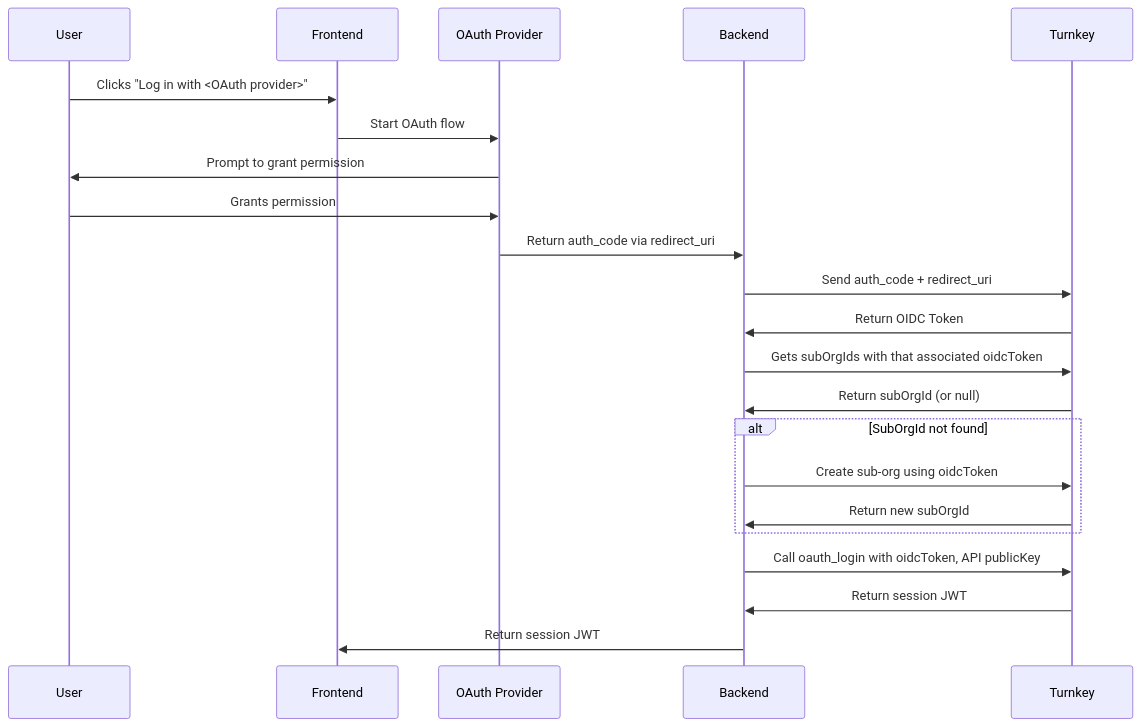
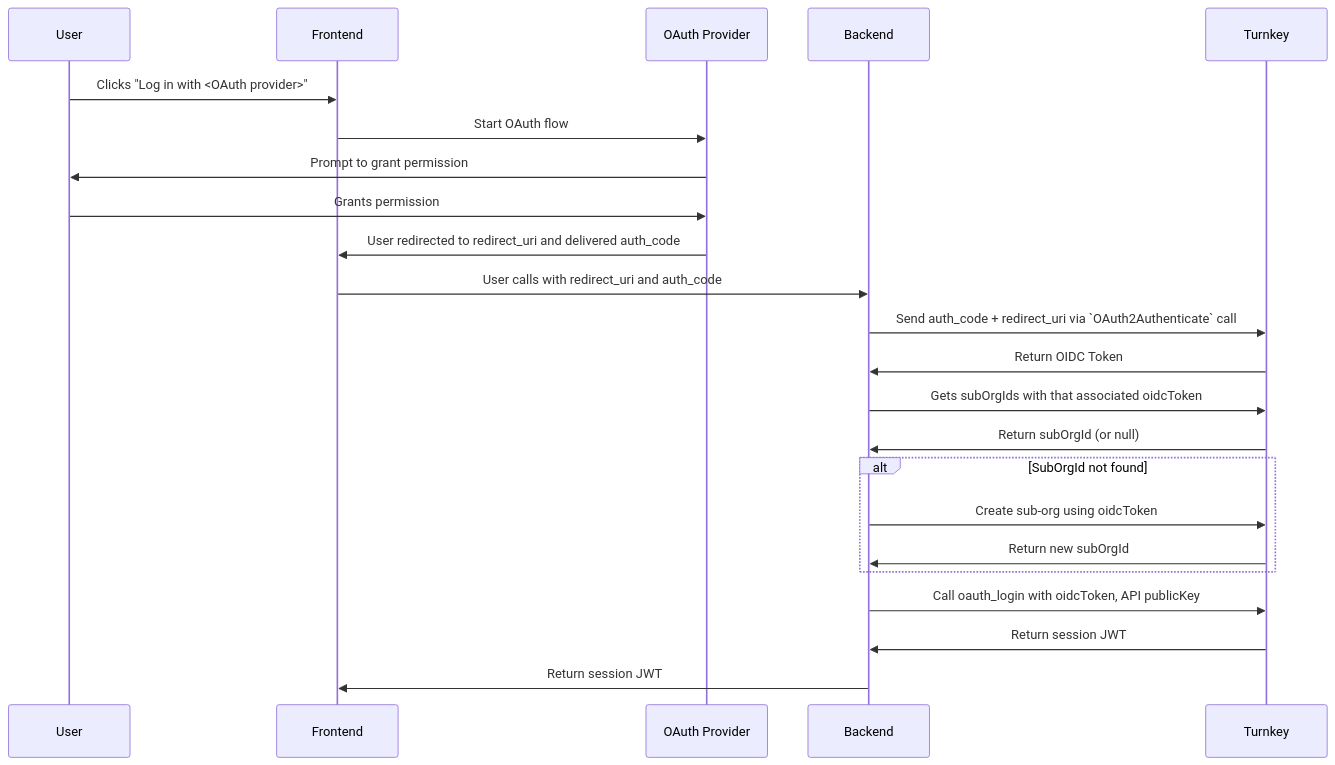
Before and after one commit to tkhq/docs: the second of 2 diagrams in authentication/social-logins.mdx, drawn with Mermaid. The commit also changed other lines of this file, not shown here.

````diff
--- a/authentication/social-logins.mdx
+++ b/authentication/social-logins.mdx
@@ -118,25 +120,26 @@
 ```mermaid
 sequenceDiagram
     participant User
     participant Frontend
     participant OAuth Provider
     participant Backend
     participant Turnkey
 
     User->>Frontend: Clicks "Log in with <OAuth provider>"
     Frontend->>OAuth Provider: Start OAuth flow
     OAuth Provider->>User: Prompt to grant permission
     User->>OAuth Provider: Grants permission
-    OAuth Provider->>Backend: Return auth_code via redirect_uri
-    Backend->>Turnkey: Send auth_code + redirect_uri
+    OAuth Provider->>Frontend: User redirected to redirect_uri and delivered auth_code
+    Frontend->>Backend: User calls with redirect_uri and auth_code
+    Backend->>Turnkey: Send auth_code + redirect_uri via `OAuth2Authenticate` call
     Turnkey->>Backend: Return OIDC Token
     Backend->>Turnkey: Gets subOrgIds with that associated oidcToken
     Turnkey->>Backend: Return subOrgId (or null)
     alt SubOrgId not found
         Backend->>Turnkey: Create sub-org using oidcToken
         Turnkey->>Backend: Return new subOrgId
     end
     Backend->>Turnkey: Call oauth_login with oidcToken, API publicKey
     Turnkey->>Backend: Return session JWT
     Backend->>Frontend: Return session JWT
 ```
````
